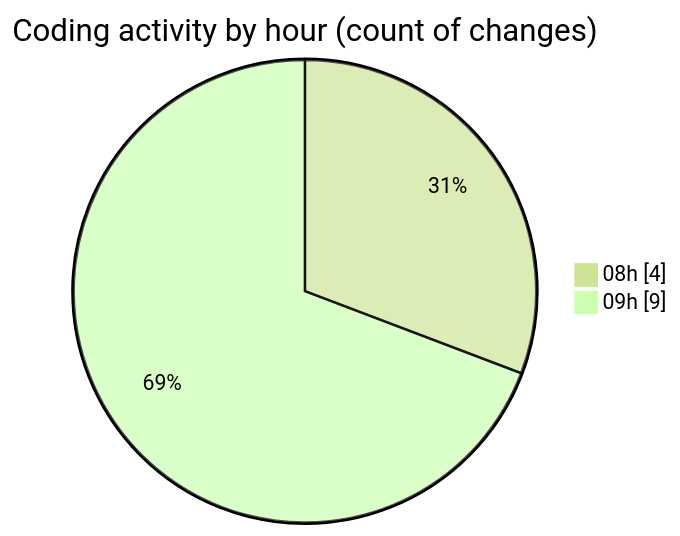
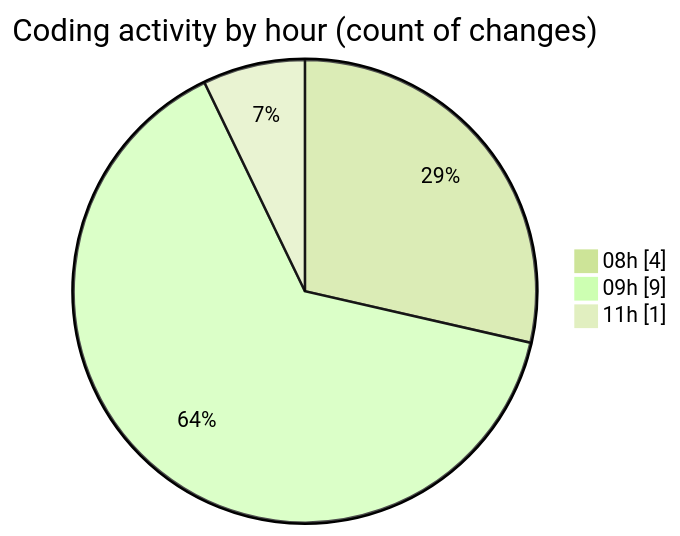
One commit to momahboobian/code-tracking changed the second of 2 diagrams in 2025-05-07/samplepdf/README.md. Above: the diagram before and after it, drawn with Mermaid (forest theme). The commit also changed other lines of this file and 1 other file, not shown here.

````diff
--- a/2025-05-07/samplepdf/README.md
+++ b/2025-05-07/samplepdf/README.md
@@ -31,6 +33,7 @@
 ```mermaid
 pie showData
 title Coding activity by hour (count of changes)
 "08h" : 4
 "09h" : 9
+"11h" : 1
 ```
````
